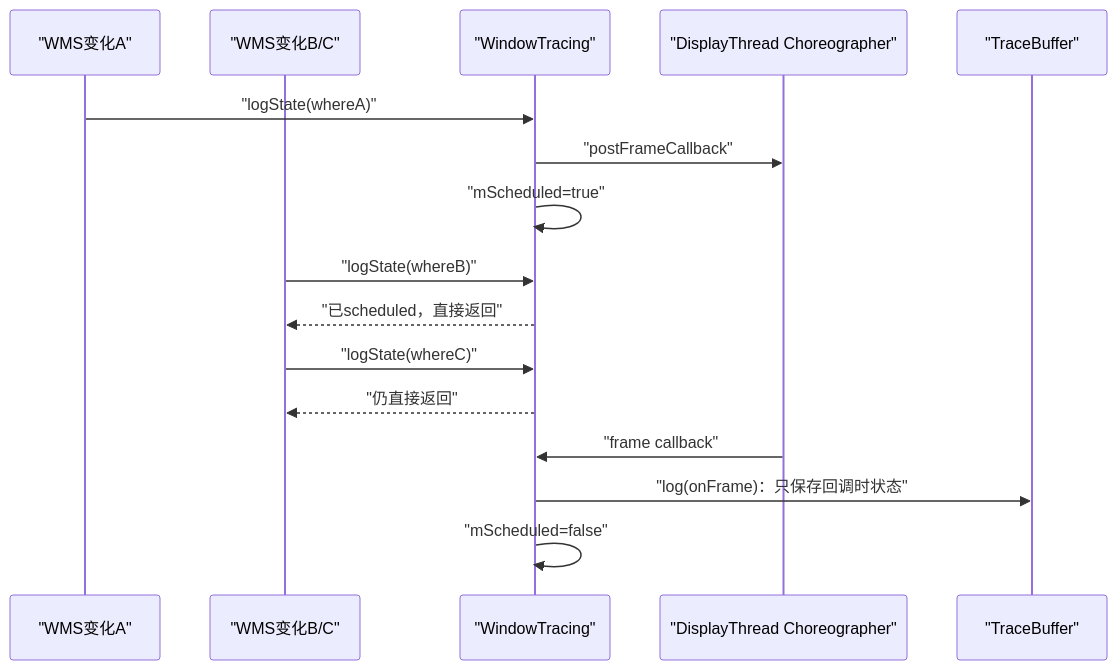
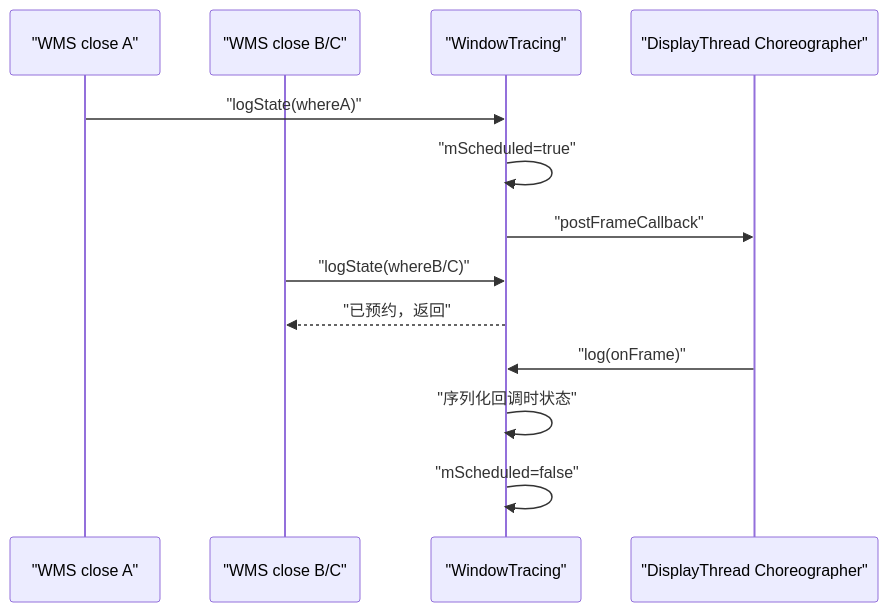
One commit to junyingzhao001/StudyNotes changed the diagram in Android源码学习/172-AndroidWindowManagerTraceWinscope与窗口状态时间线.md. Above: the diagram before and after it, drawn with Mermaid. The commit also changed other lines of this file and 30 other files, not shown here.

````diff
--- a/Android源码学习/172-AndroidWindowManagerTraceWinscope与窗口状态时间线.md
+++ b/Android源码学习/172-AndroidWindowManagerTraceWinscope与窗口状态时间线.md
@@ -356,19 +185,15 @@
 ```mermaid
 sequenceDiagram
-    participant W1 as "WMS变化A"
-    participant W2 as "WMS变化B/C"
-    participant WT as "WindowTracing"
-    participant CH as "DisplayThread Choreographer"
-    participant TB as "TraceBuffer"
-
-    W1->>WT: "logState(whereA)"
-    WT->>CH: "postFrameCallback"
-    WT->>WT: "mScheduled=true"
-    W2->>WT: "logState(whereB)"
-    WT-->>W2: "已scheduled，直接返回"
-    W2->>WT: "logState(whereC)"
-    WT-->>W2: "仍直接返回"
-    CH->>WT: "frame callback"
-    WT->>TB: "log(onFrame)：只保存回调时状态"
-    WT->>WT: "mScheduled=false"
+    participant A as "WMS close A"
+    participant B as "WMS close B/C"
+    participant T as "WindowTracing"
+    participant C as "DisplayThread Choreographer"
+    A->>T: "logState(whereA)"
+    T->>T: "mScheduled=true"
+    T->>C: "postFrameCallback"
+    B->>T: "logState(whereB/C)"
+    T-->>B: "已预约，返回"
+    C->>T: "log(onFrame)"
+    T->>T: "序列化回调时状态"
+    T->>T: "mScheduled=false"
 ```
````
